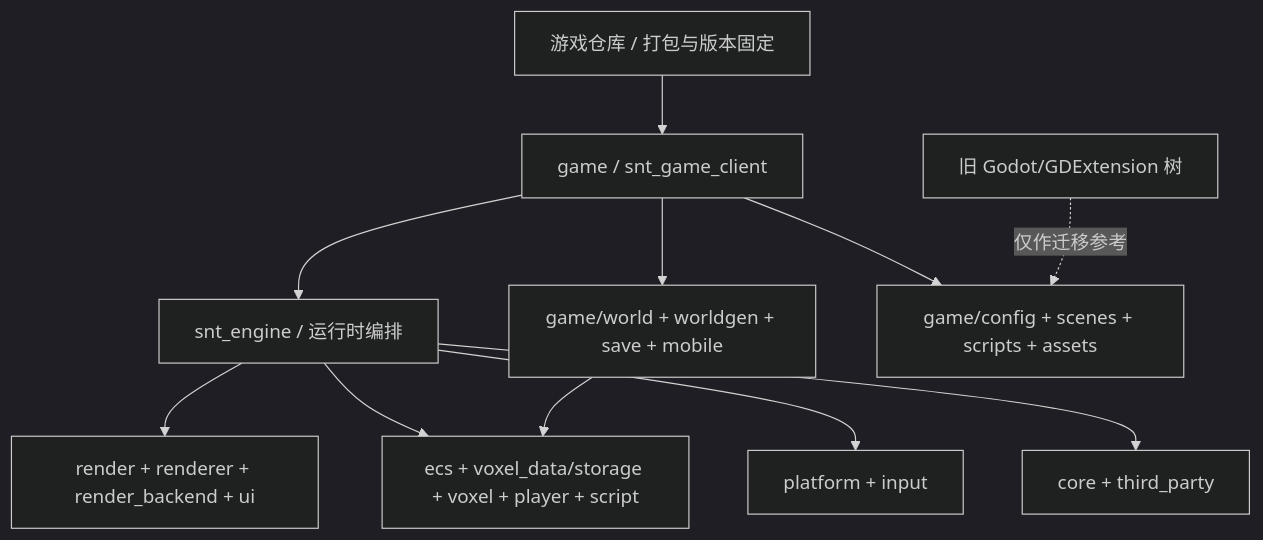
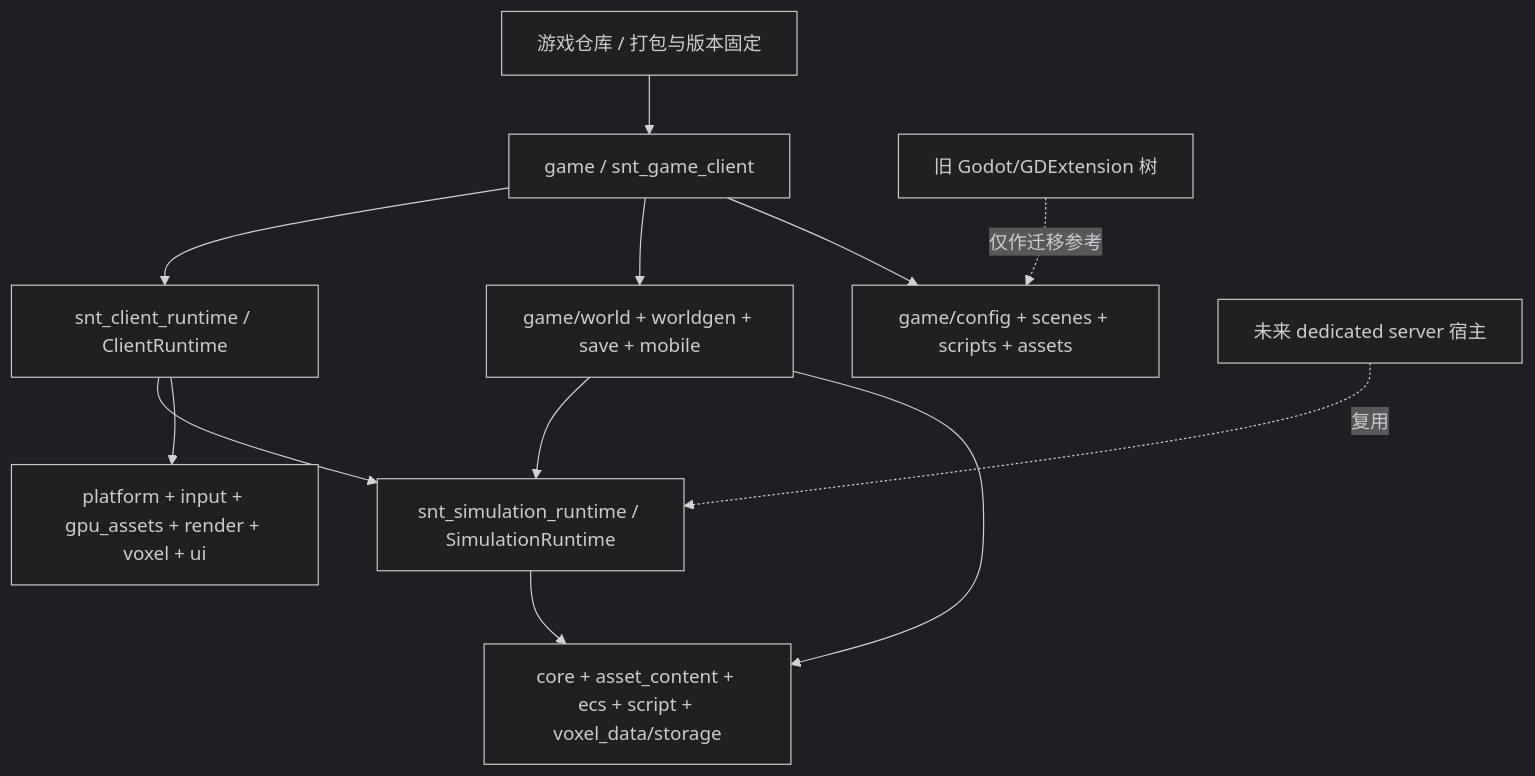
The diagram in docs/项目架构总览.md (yuanju-qwq/ScienceAndTheology), drawn with Mermaid (dark theme) before and after one commit. The commit also changed other lines of this file and 12 other files, not shown here.

Commit message:
Adopt split simulation and client runtimes

````diff
--- a/docs/项目架构总览.md
+++ b/docs/项目架构总览.md
@@ -30,15 +30,16 @@
 ```mermaid
 flowchart TD
     Package["游戏仓库 / 打包与版本固定"] --> Host["game / snt_game_client"]
-    Host --> Runtime["snt_engine / 运行时编排"]
+    Host --> Client["snt_client_runtime / ClientRuntime"]
+    Client --> Simulation["snt_simulation_runtime / SimulationRuntime"]
     Host --> GameWorld["game/world + worldgen + save + mobile"]
     Host --> Content["game/config + scenes + scripts + assets"]
 
-    Runtime --> Presentation["render + renderer + render_backend + ui"]
-    Runtime --> Simulation["ecs + voxel_data/storage + voxel + player + script"]
+    Client --> Presentation["platform + input + gpu_assets + render + voxel + ui"]
+    Simulation --> SimulationCore["core + asset_content + ecs + script + voxel_data/storage"]
     GameWorld --> Simulation
-    Runtime --> Platform["platform + input"]
-    Runtime --> Foundation["core + third_party"]
+    GameWorld --> SimulationCore
+    Server["未来 dedicated server 宿主"] -. 复用 .-> Simulation
 
     Legacy["旧 Godot/GDExtension 树"] -. 仅作迁移参考 .-> Content
 ```
````
